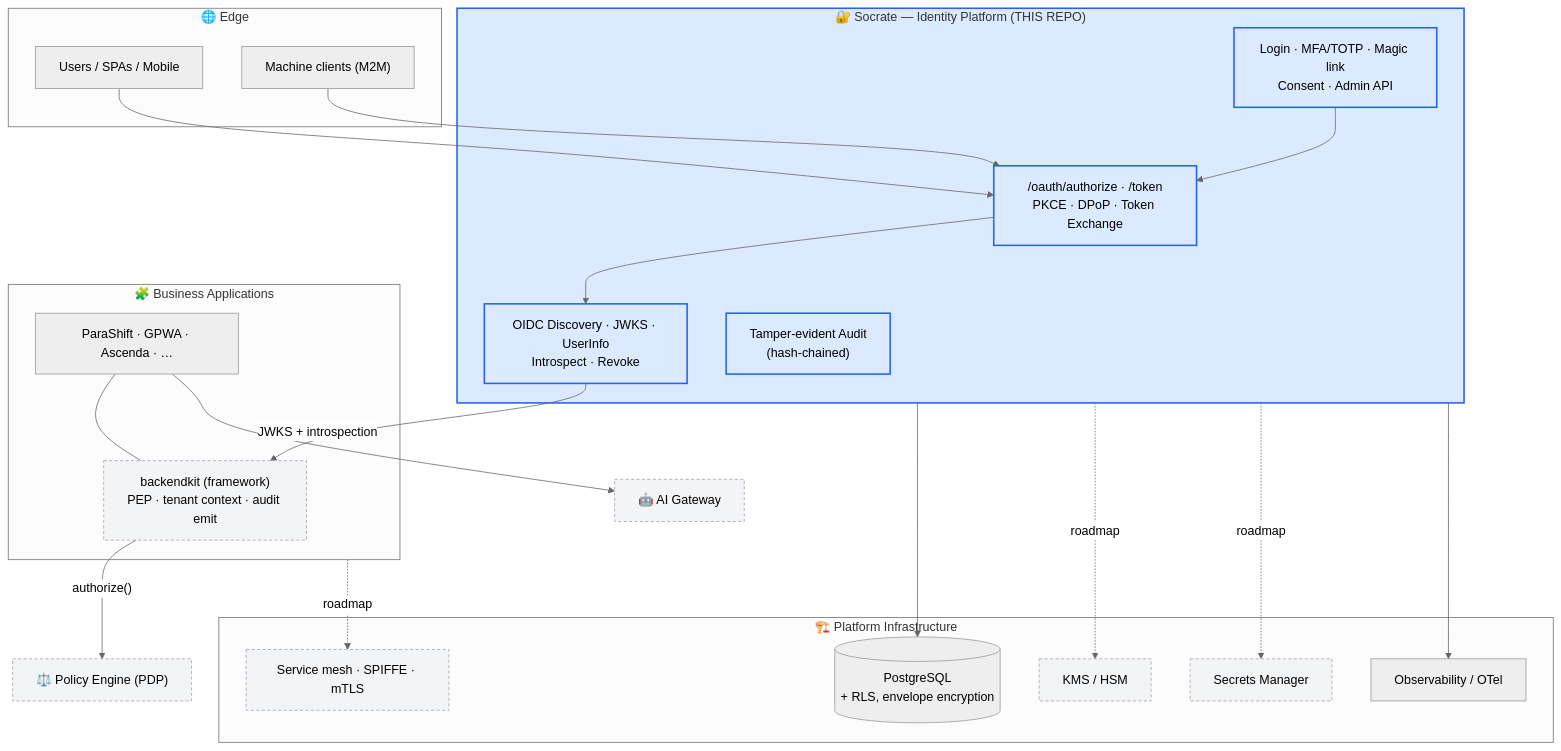
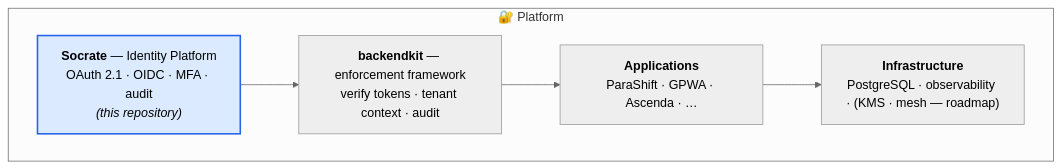
The first of 3 diagrams in README.md (ovander/go-oauth2), drawn with Mermaid (neutral theme) before and after one commit. The commit also changed other lines of this file, not shown here.

````diff
--- a/README.md
+++ b/README.md
@@ -145,49 +38,13 @@
 ```mermaid
 flowchart TB
-    subgraph edge["🌐 Edge"]
-        U["Users / SPAs / Mobile"]
-        M["Machine clients (M2M)"]
+    subgraph P["🔐 Platform"]
+        S["<b>Socrate</b> — Identity Platform<br/>OAuth 2.1 · OIDC · MFA · audit<br/><i>(this repository)</i>"]
+        BK["<b>backendkit</b> — enforcement framework<br/>verify tokens · tenant context · audit"]
+        APP["<b>Applications</b><br/>ParaShift · GPWA · Ascenda · …"]
+        INF["<b>Infrastructure</b><br/>PostgreSQL · observability · (KMS · mesh — roadmap)"]
     end
-
-    subgraph socrate["🔐 Socrate — Identity Platform (THIS REPO)"]
-        AZ["/oauth/authorize · /token<br/>PKCE · DPoP · Token Exchange"]
-        OIDC["OIDC Discovery · JWKS · UserInfo<br/>Introspect · Revoke"]
-        IDP["Login · MFA/TOTP · Magic link<br/>Consent · Admin API"]
-        AUD["Tamper-evident Audit<br/>(hash-chained)"]
-    end
-
-    subgraph apps["🧩 Business Applications"]
-        BK["backendkit (framework)<br/>PEP · tenant context · audit emit"]
-        APP["ParaShift · GPWA · Ascenda · …"]
-    end
-
-    PDP["⚖️ Policy Engine (PDP)"]
-    AIG["🤖 AI Gateway"]
-
-    subgraph infra["🏗️ Platform Infrastructure"]
-        DB[("PostgreSQL<br/>+ RLS, envelope encryption")]
-        KMS["KMS / HSM"]
-        SEC["Secrets Manager"]
-        OBS["Observability / OTel"]
-        MESH["Service mesh · SPIFFE · mTLS"]
-    end
-
-    U --> AZ
-    M --> AZ
-    AZ --> OIDC
-    IDP --> AZ
-    OIDC -->|"JWKS + introspection"| BK
-    APP --- BK
-    BK -->|"authorize()"| PDP
-    APP --> AIG
-    socrate --> DB
-    socrate -.->|roadmap| KMS
-    socrate -.->|roadmap| SEC
-    socrate --> OBS
-    apps -.->|roadmap| MESH
+    S --> BK --> APP --> INF
 
     classDef here fill:#dbeafe,stroke:#2563eb,stroke-width:2px;
-    classDef plan fill:#f3f4f6,stroke:#9ca3af,stroke-dasharray:4 3;
-    class socrate,AZ,OIDC,IDP,AUD here;
-    class PDP,AIG,KMS,SEC,MESH,BK plan;
+    class S here;
 ```
````
